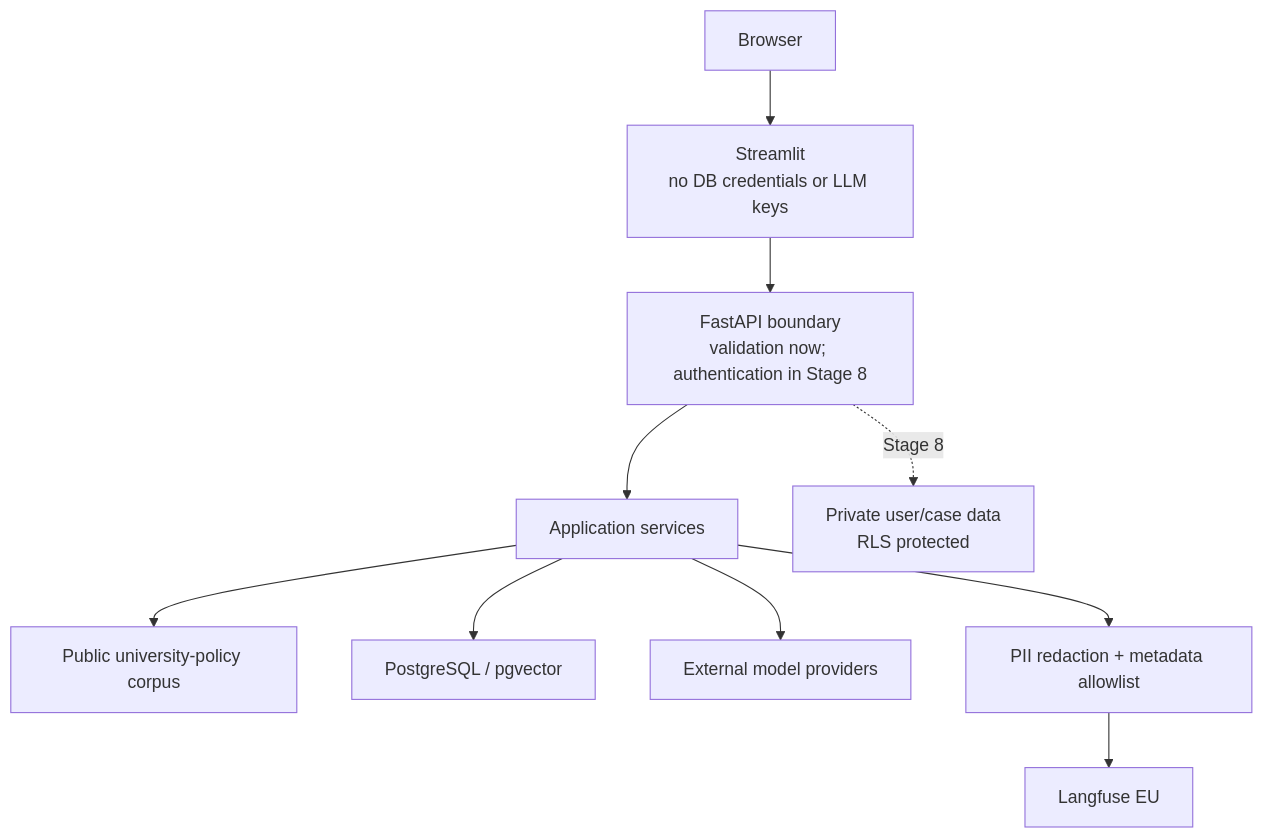
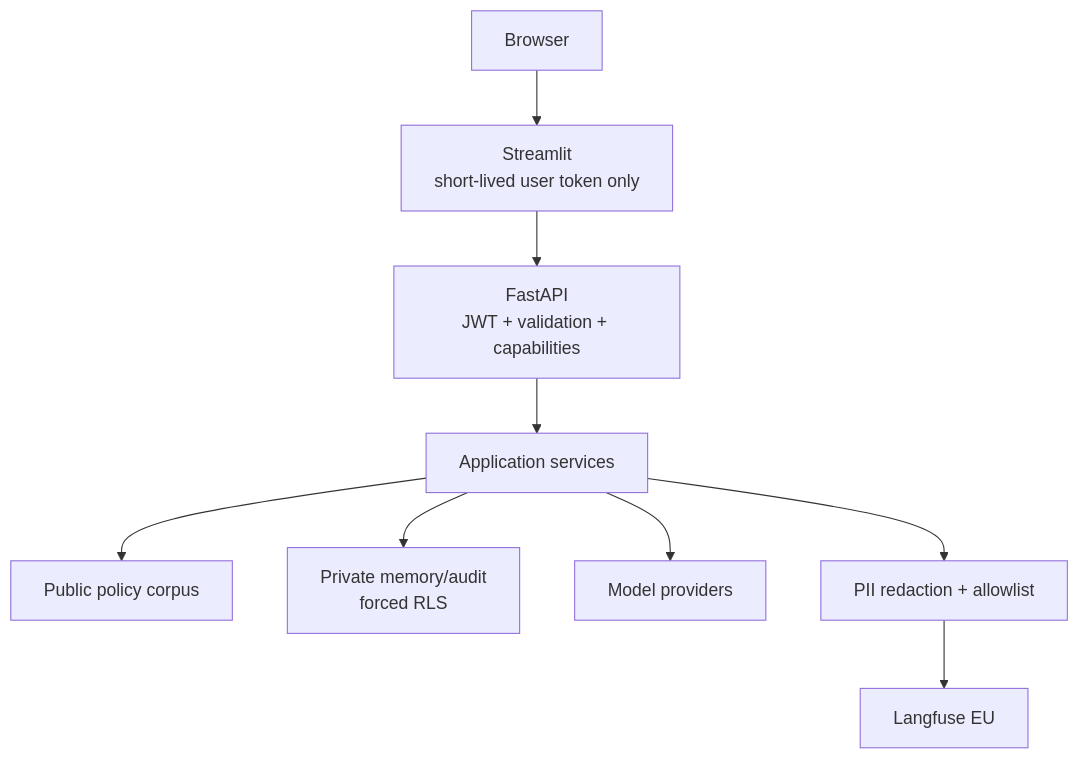
Before and after one commit to RashWadhwa/university-student-success-agent: the sixth of 7 diagrams in README.md, drawn with Mermaid. The commit also changed other lines of this file and 60 other files, not shown here.

````diff
--- a/README.md
+++ b/README.md
@@ -234,12 +246,11 @@
 ```mermaid
 flowchart TD
-    BR["Browser"] --> ST["Streamlit<br/>no DB credentials or LLM keys"]
-    ST --> API["FastAPI boundary<br/>validation now; authentication in Stage 8"]
+    BR["Browser"] --> ST["Streamlit<br/>short-lived user token only"]
+    ST --> API["FastAPI<br/>JWT + validation + capabilities"]
     API --> SV["Application services"]
-    SV --> PP["Public university-policy corpus"]
-    SV --> DB["PostgreSQL / pgvector"]
-    SV --> EX["External model providers"]
-    SV --> RD["PII redaction + metadata allowlist"]
+    SV --> PP["Public policy corpus"]
+    SV --> PR["Private memory/audit<br/>forced RLS"]
+    SV --> EX["Model providers"]
+    SV --> RD["PII redaction + allowlist"]
     RD --> LF["Langfuse EU"]
-    API -. "Stage 8" .-> PR["Private user/case data<br/>RLS protected"]
 ```
````
